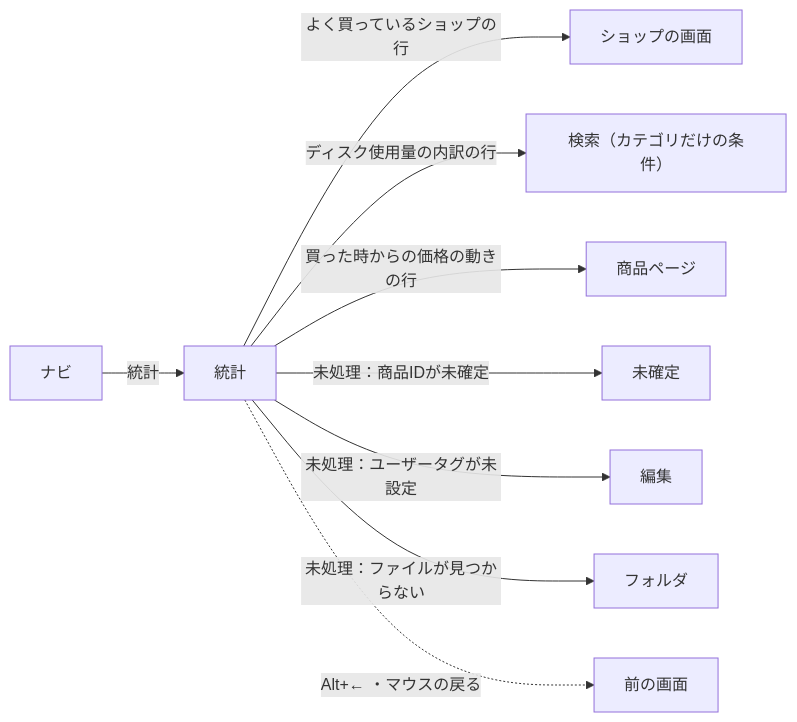
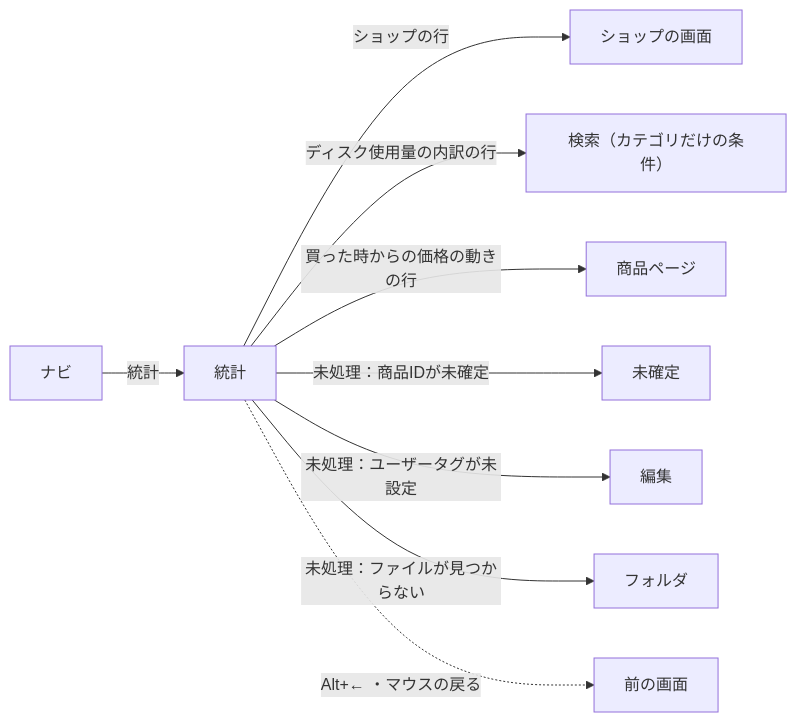
The diagram in docs/dev/ui-paths/stats.md (kumo-mayu/chmonos), drawn with Mermaid before and after one commit. The commit also changed other lines of this file and 13 other files, not shown here.

````diff
--- a/docs/dev/ui-paths/stats.md
+++ b/docs/dev/ui-paths/stats.md
@@ -56,11 +56,11 @@
 ```mermaid
 flowchart LR
   Nav["ナビ"] -- "統計" --> Stats["統計"]
-  Stats -- "よく買っているショップの行" --> Shop["ショップの画面"]
+  Stats -- "ショップの行" --> Shop["ショップの画面"]
   Stats -- "ディスク使用量の内訳の行" --> Search["検索（カテゴリだけの条件）"]
   Stats -- "買った時からの価格の動きの行" --> Item["商品ページ"]
   Stats -- "未処理：商品IDが未確定" --> Resolve["未確定"]
   Stats -- "未処理：ユーザータグが未設定" --> Edit["編集"]
   Stats -- "未処理：ファイルが見つからない" --> Folders["フォルダ"]
   Stats -. "Alt+← ・マウスの戻る" .-> Back["前の画面"]
 ```
````
